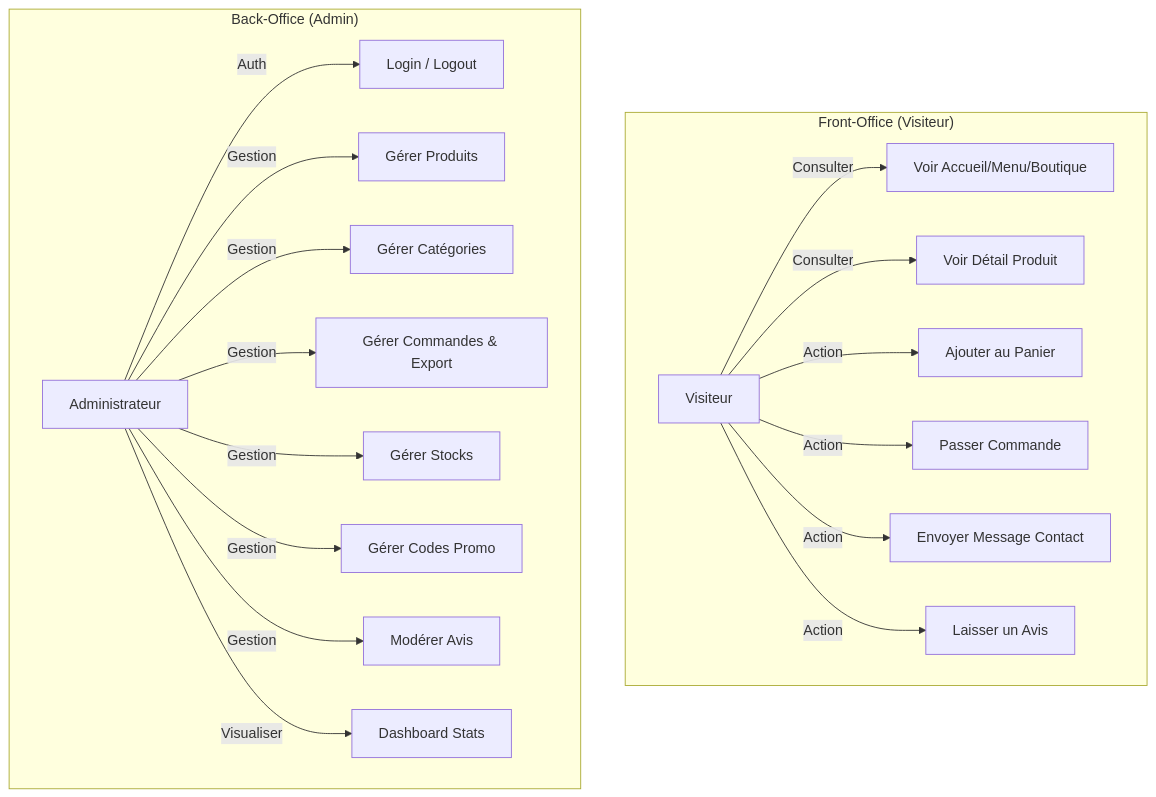
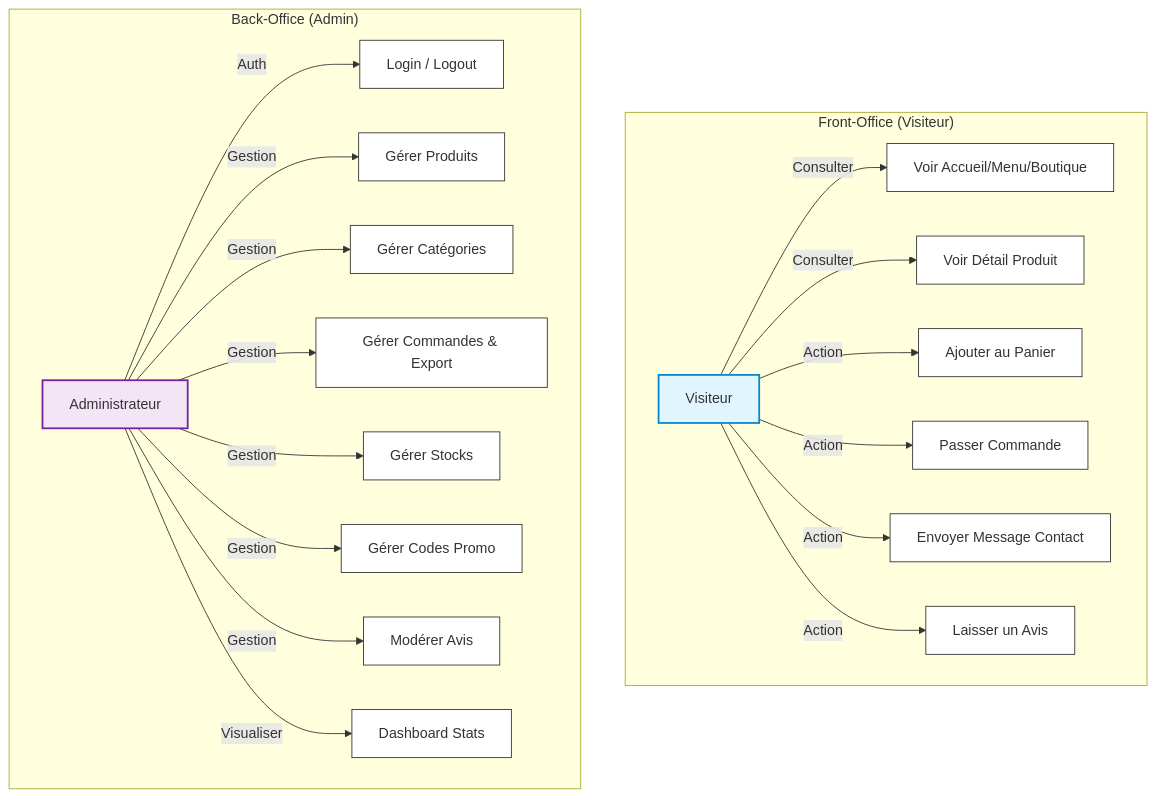
One commit to MPSBeats/ProjetTransverse changed the first of 4 diagrams in technical_design.md. Above: the diagram before and after it, drawn with Mermaid. The commit also changed other lines of this file, not shown here.

Commit message:
docs: add styling to technical diagrams

````diff
--- a/technical_design.md
+++ b/technical_design.md
@@ -10,24 +10,29 @@
 ```mermaid
 graph TD
+    %% Styles
+    classDef visitor fill:#E1F5FE,stroke:#0288D1,stroke-width:2px;
+    classDef admin fill:#F3E5F5,stroke:#7B1FA2,stroke-width:2px;
+    classDef usecase fill:#FFF,stroke:#333,stroke-width:1px;
+
     subgraph "Front-Office (Visiteur)"
-        V[Visiteur]
-        V -->|Consulter| UC1[Voir Accueil/Menu/Boutique]
-        V -->|Consulter| UC2[Voir Détail Produit]
-        V -->|Action| UC3[Ajouter au Panier]
-        V -->|Action| UC4[Passer Commande]
-        V -->|Action| UC5[Envoyer Message Contact]
-        V -->|Action| UC6[Laisser un Avis]
+        V[Visiteur]:::visitor
+        V -->|Consulter| UC1[Voir Accueil/Menu/Boutique]:::usecase
+        V -->|Consulter| UC2[Voir Détail Produit]:::usecase
+        V -->|Action| UC3[Ajouter au Panier]:::usecase
+        V -->|Action| UC4[Passer Commande]:::usecase
+        V -->|Action| UC5[Envoyer Message Contact]:::usecase
+        V -->|Action| UC6[Laisser un Avis]:::usecase
     end
 
     subgraph "Back-Office (Admin)"
-        A[Administrateur]
-        A -->|Auth| UC7[Login / Logout]
-        A -->|Gestion| UC8[Gérer Produits]
-        A -->|Gestion| UC9[Gérer Catégories]
-        A -->|Gestion| UC10[Gérer Commandes & Export]
-        A -->|Gestion| UC11[Gérer Stocks]
-        A -->|Gestion| UC12[Gérer Codes Promo]
-        A -->|Gestion| UC13[Modérer Avis]
-        A -->|Visualiser| UC14[Dashboard Stats]
+        A[Administrateur]:::admin
+        A -->|Auth| UC7[Login / Logout]:::usecase
+        A -->|Gestion| UC8[Gérer Produits]:::usecase
+        A -->|Gestion| UC9[Gérer Catégories]:::usecase
+        A -->|Gestion| UC10[Gérer Commandes & Export]:::usecase
+        A -->|Gestion| UC11[Gérer Stocks]:::usecase
+        A -->|Gestion| UC12[Gérer Codes Promo]:::usecase
+        A -->|Gestion| UC13[Modérer Avis]:::usecase
+        A -->|Visualiser| UC14[Dashboard Stats]:::usecase
     end
 ```
````
